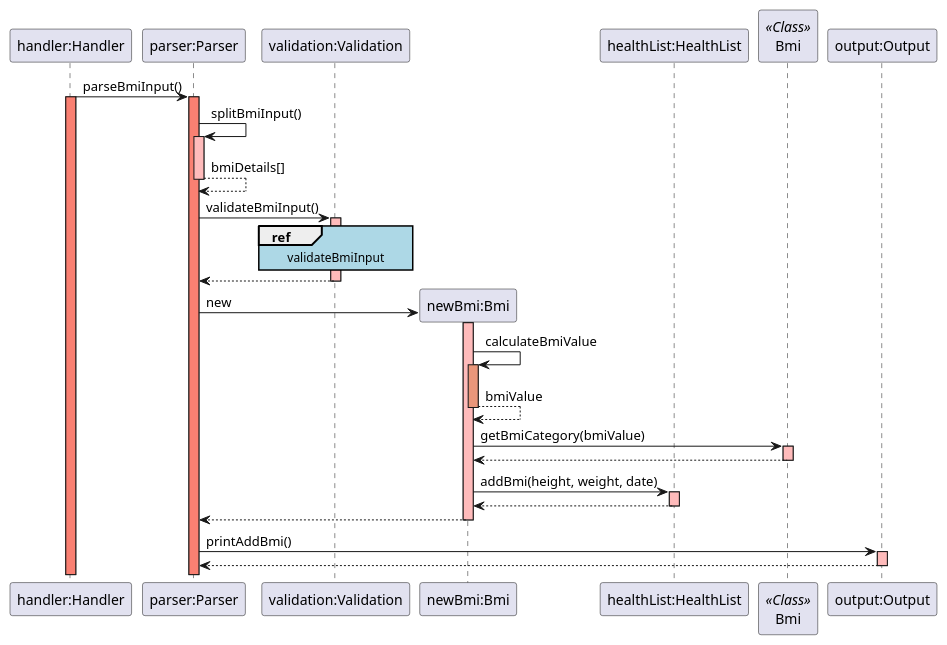
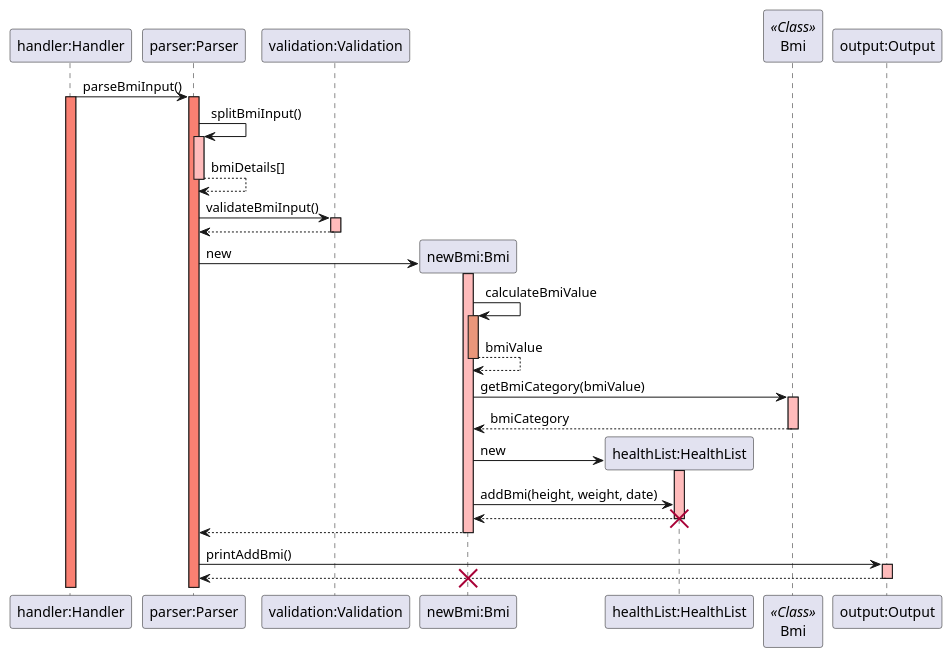
Before and after one commit to rouvinerh/tp: the diagram in docs/puml/sequence_diagrams/bmi_sequence.puml, drawn with PlantUML. The commit also changed 4 other files, not shown here.

Commit message:
update period and bmi seq diagrams

```diff
--- a/docs/puml/sequence_diagrams/bmi_sequence.puml
+++ b/docs/puml/sequence_diagrams/bmi_sequence.puml
@@ -1,52 +1,56 @@
 @startuml
 
 skinparam sequenceReferenceBackgroundColor lightblue
 participant "handler:Handler" as Handler
 participant "parser:Parser" as Parser
 participant "validation:Validation" as Validation
 participant "newBmi:Bmi" as NBmi
 participant "healthList:HealthList" as HealthList
 participant "Bmi" as Bmi << Class>>
 participant "output:Output" as Output
 
 Handler -> Parser: parseBmiInput()
 activate Handler #salmon
 activate Parser #salmon
 
 Parser -> Parser: splitBmiInput()
 activate Parser #FFBBBB
 Parser --> Parser: bmiDetails[]
 deactivate Parser #FFBBBB
 
 Parser -> Validation: validateBmiInput()
 activate Validation #FFBBBB
-ref over Validation: validateBmiInput
 Validation --> Parser:
 deactivate Validation
 
 Parser -> NBmi **: new
 activate NBmi #FFBBBB
 NBmi -> NBmi: calculateBmiValue
 activate NBmi #DarkSalmon
 NBmi --> NBmi: bmiValue
 deactivate NBmi #DarkSalmon
 
+
 NBmi -> Bmi: getBmiCategory(bmiValue)
 activate Bmi #FFBBBB
-Bmi --> NBmi:
+Bmi --> NBmi: bmiCategory
 deactivate Bmi #FFBBBB
 
+NBmi -> HealthList **: new
+activate HealthList #FFBBBB
 NBmi -> HealthList: addBmi(height, weight, date)
-activate HealthList #FFBBBB
 HealthList --> NBmi:
 deactivate HealthList #FFBBBB
+destroy HealthList
+
 
 NBmi --> Parser:
 deactivate NBmi #FFBBBB
 
 Parser -> Output: printAddBmi()
 activate Output #FFBBBB
 Output --> Parser:
+destroy NBmi
 deactivate Output #FFBBBB
 
 @enduml
```
